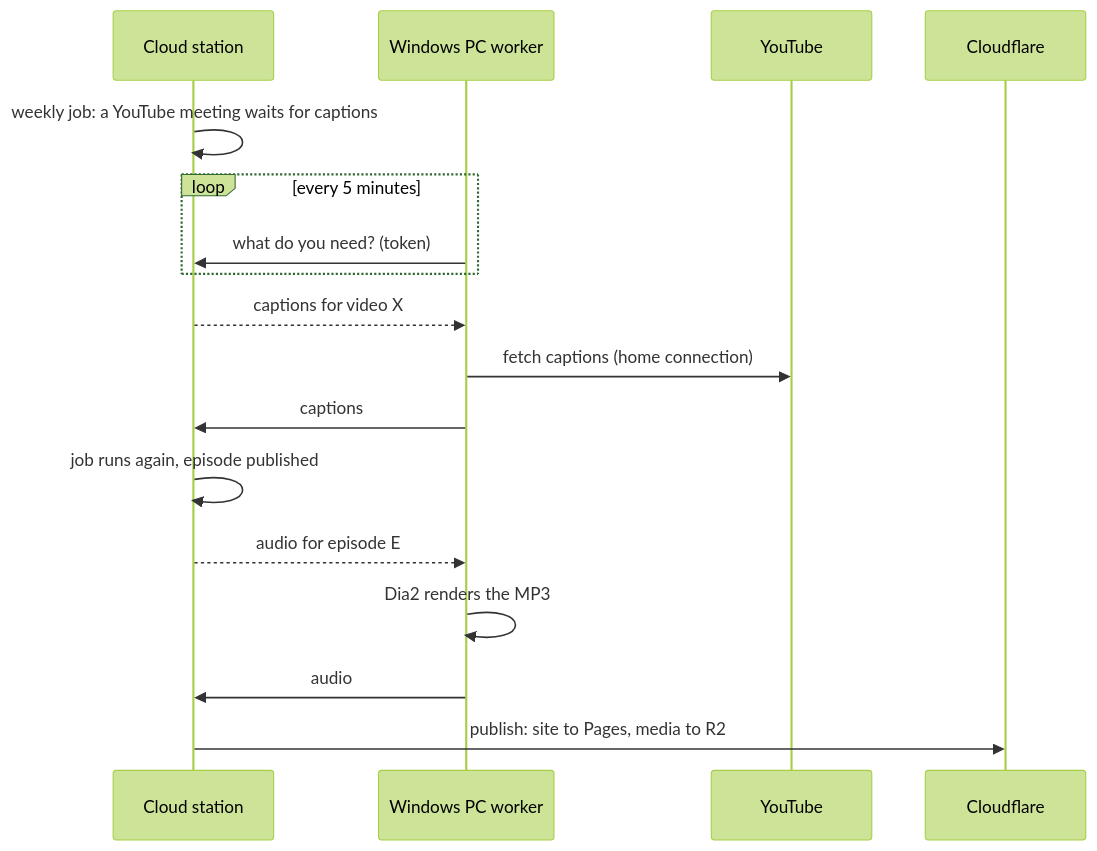
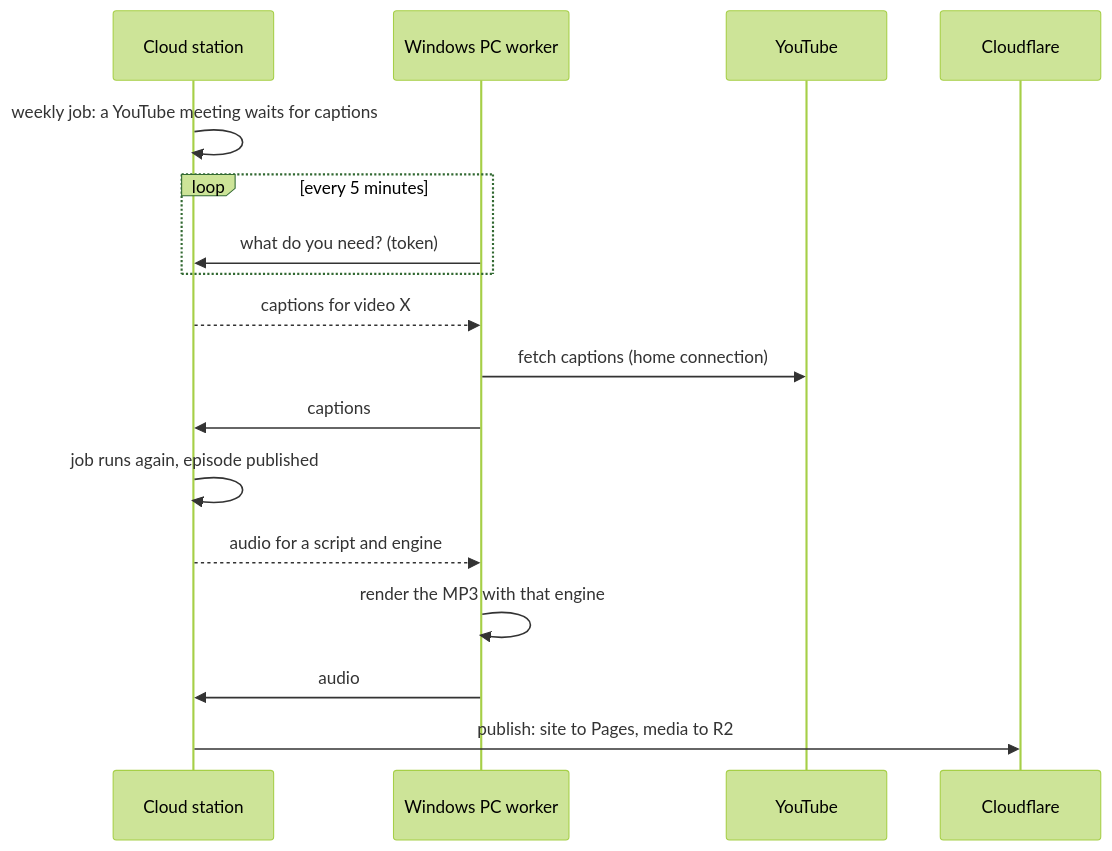
Before and after one commit to scottconverse/civiccast-brief: the tenth of 10 diagrams in docs/user-manual.md, drawn with Mermaid (forest theme). The commit also changed other lines of this file and 14 other files, not shown here.

First line of the commit message:
docs: release 0.4.0 with updated manuals, diagrams and page (#139)

````diff
--- a/docs/user-manual.md
+++ b/docs/user-manual.md
@@ -392,19 +650,19 @@
 ```mermaid
 sequenceDiagram
     participant S as Cloud station
     participant P as Windows PC worker
     participant Y as YouTube
     participant C as Cloudflare
     S->>S: weekly job: a YouTube meeting waits for captions
     loop every 5 minutes
         P->>S: what do you need? (token)
     end
     S-->>P: captions for video X
     P->>Y: fetch captions (home connection)
     P->>S: captions
     S->>S: job runs again, episode published
-    S-->>P: audio for episode E
-    P->>P: Dia2 renders the MP3
+    S-->>P: audio for a script and engine
+    P->>P: render the MP3 with that engine
     P->>S: audio
     S->>C: publish: site to Pages, media to R2
 ```
````
